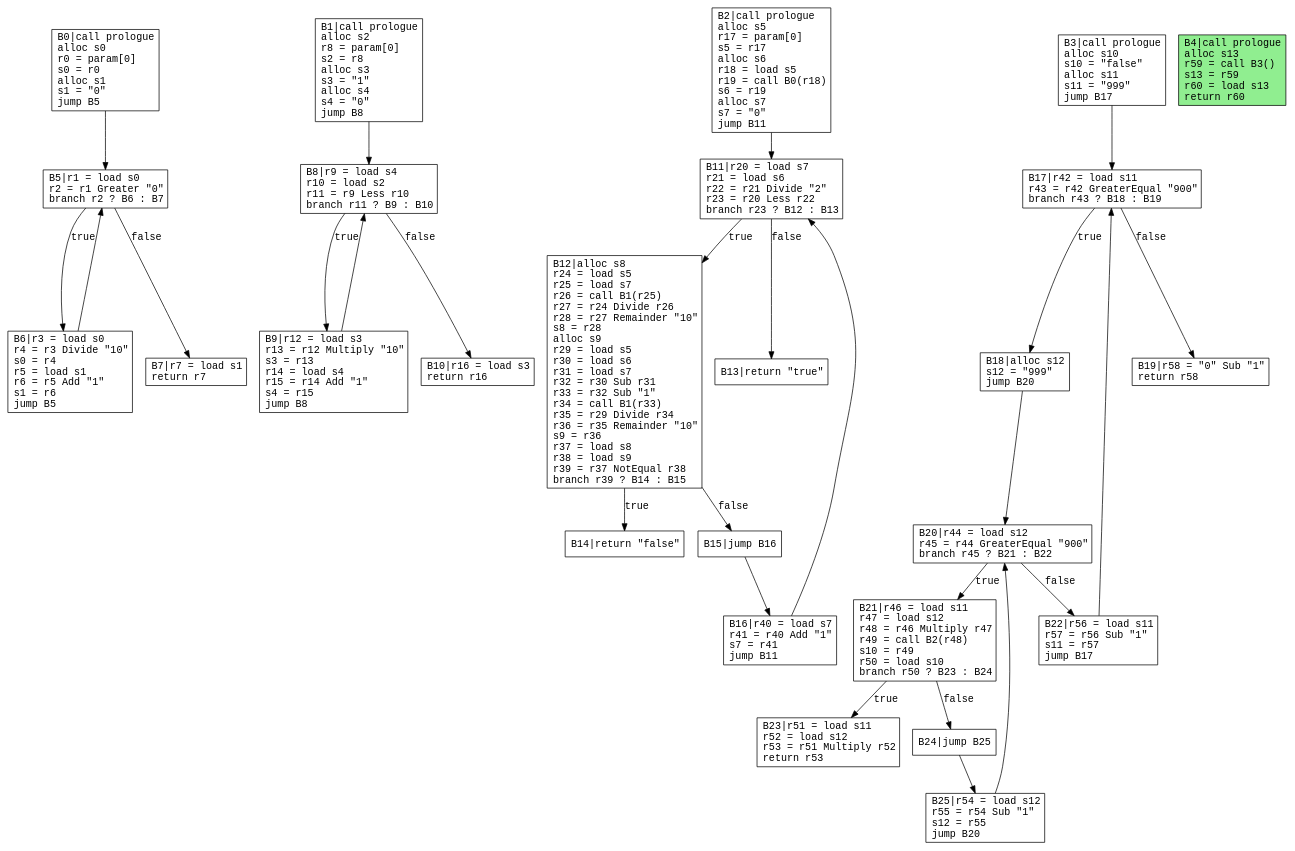
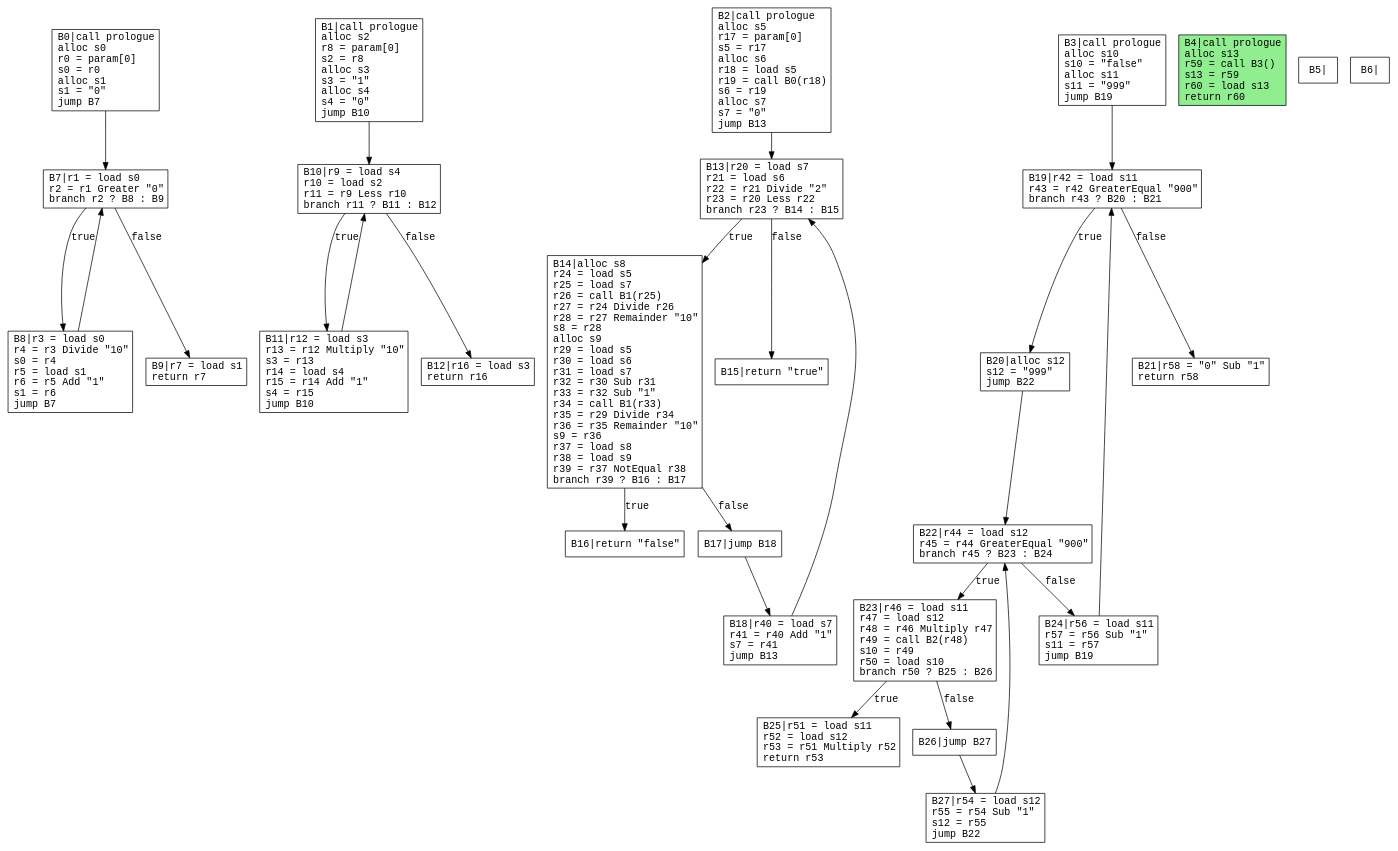
Before and after one commit to safarislava/ProcTranslator: the diagram in output/prob1.dot, drawn with Graphviz. The commit also changed 10 other files, not shown here.

```diff
--- a/output/prob1.dot
+++ b/output/prob1.dot
@@ -1,59 +1,61 @@
 digraph CFG {
   rankdir=TB;
   node [shape=box, fontname="Courier"];
   edge [fontname="Courier"];
 
-  B0 [label="B0|call prologue\lalloc s0\lr0 = param[0]\ls0 = r0\lalloc s1\ls1 = \"0\"\ljump B5\l"];
-  B1 [label="B1|call prologue\lalloc s2\lr8 = param[0]\ls2 = r8\lalloc s3\ls3 = \"1\"\lalloc s4\ls4 = \"0\"\ljump B8\l"];
-  B2 [label="B2|call prologue\lalloc s5\lr17 = param[0]\ls5 = r17\lalloc s6\lr18 = load s5\lr19 = call B0(r18)\ls6 = r19\lalloc s7\ls7 = \"0\"\ljump B11\l"];
-  B3 [label="B3|call prologue\lalloc s10\ls10 = \"false\"\lalloc s11\ls11 = \"999\"\ljump B17\l"];
+  B0 [label="B0|call prologue\lalloc s0\lr0 = param[0]\ls0 = r0\lalloc s1\ls1 = \"0\"\ljump B7\l"];
+  B1 [label="B1|call prologue\lalloc s2\lr8 = param[0]\ls2 = r8\lalloc s3\ls3 = \"1\"\lalloc s4\ls4 = \"0\"\ljump B10\l"];
+  B2 [label="B2|call prologue\lalloc s5\lr17 = param[0]\ls5 = r17\lalloc s6\lr18 = load s5\lr19 = call B0(r18)\ls6 = r19\lalloc s7\ls7 = \"0\"\ljump B13\l"];
+  B3 [label="B3|call prologue\lalloc s10\ls10 = \"false\"\lalloc s11\ls11 = \"999\"\ljump B19\l"];
   B4 [label="B4|call prologue\lalloc s13\lr59 = call B3()\ls13 = r59\lr60 = load s13\lreturn r60\l"];
-  B5 [label="B5|r1 = load s0\lr2 = r1 Greater \"0\"\lbranch r2 ? B6 : B7\l"];
-  B6 [label="B6|r3 = load s0\lr4 = r3 Divide \"10\"\ls0 = r4\lr5 = load s1\lr6 = r5 Add \"1\"\ls1 = r6\ljump B5\l"];
-  B7 [label="B7|r7 = load s1\lreturn r7\l"];
-  B8 [label="B8|r9 = load s4\lr10 = load s2\lr11 = r9 Less r10\lbranch r11 ? B9 : B10\l"];
-  B9 [label="B9|r12 = load s3\lr13 = r12 Multiply \"10\"\ls3 = r13\lr14 = load s4\lr15 = r14 Add \"1\"\ls4 = r15\ljump B8\l"];
-  B10 [label="B10|r16 = load s3\lreturn r16\l"];
-  B11 [label="B11|r20 = load s7\lr21 = load s6\lr22 = r21 Divide \"2\"\lr23 = r20 Less r22\lbranch r23 ? B12 : B13\l"];
-  B12 [label="B12|alloc s8\lr24 = load s5\lr25 = load s7\lr26 = call B1(r25)\lr27 = r24 Divide r26\lr28 = r27 Remainder \"10\"\ls8 = r28\lalloc s9\lr29 = load s5\lr30 = load s6\lr31 = load s7\lr32 = r30 Sub r31\lr33 = r32 Sub \"1\"\lr34 = call B1(r33)\lr35 = r29 Divide r34\lr36 = r35 Remainder \"10\"\ls9 = r36\lr37 = load s8\lr38 = load s9\lr39 = r37 NotEqual r38\lbranch r39 ? B14 : B15\l"];
-  B13 [label="B13|return \"true\"\l"];
-  B14 [label="B14|return \"false\"\l"];
-  B15 [label="B15|jump B16\l"];
-  B16 [label="B16|r40 = load s7\lr41 = r40 Add \"1\"\ls7 = r41\ljump B11\l"];
-  B17 [label="B17|r42 = load s11\lr43 = r42 GreaterEqual \"900\"\lbranch r43 ? B18 : B19\l"];
-  B18 [label="B18|alloc s12\ls12 = \"999\"\ljump B20\l"];
-  B19 [label="B19|r58 = \"0\" Sub \"1\"\lreturn r58\l"];
-  B20 [label="B20|r44 = load s12\lr45 = r44 GreaterEqual \"900\"\lbranch r45 ? B21 : B22\l"];
-  B21 [label="B21|r46 = load s11\lr47 = load s12\lr48 = r46 Multiply r47\lr49 = call B2(r48)\ls10 = r49\lr50 = load s10\lbranch r50 ? B23 : B24\l"];
-  B22 [label="B22|r56 = load s11\lr57 = r56 Sub \"1\"\ls11 = r57\ljump B17\l"];
-  B23 [label="B23|r51 = load s11\lr52 = load s12\lr53 = r51 Multiply r52\lreturn r53\l"];
-  B24 [label="B24|jump B25\l"];
-  B25 [label="B25|r54 = load s12\lr55 = r54 Sub \"1\"\ls12 = r55\ljump B20\l"];
-  B0 -> B5;
-  B1 -> B8;
-  B2 -> B11;
-  B3 -> B17;
-  B5 -> B6 [label="true"];
-  B5 -> B7 [label="false"];
-  B6 -> B5;
-  B8 -> B9 [label="true"];
-  B8 -> B10 [label="false"];
-  B9 -> B8;
-  B11 -> B12 [label="true"];
-  B11 -> B13 [label="false"];
-  B12 -> B14 [label="true"];
-  B12 -> B15 [label="false"];
-  B15 -> B16;
-  B16 -> B11;
-  B17 -> B18 [label="true"];
-  B17 -> B19 [label="false"];
-  B18 -> B20;
-  B20 -> B21 [label="true"];
-  B20 -> B22 [label="false"];
-  B21 -> B23 [label="true"];
-  B21 -> B24 [label="false"];
-  B22 -> B17;
-  B24 -> B25;
-  B25 -> B20;
+  B5 [label="B5|"];
+  B6 [label="B6|"];
+  B7 [label="B7|r1 = load s0\lr2 = r1 Greater \"0\"\lbranch r2 ? B8 : B9\l"];
+  B8 [label="B8|r3 = load s0\lr4 = r3 Divide \"10\"\ls0 = r4\lr5 = load s1\lr6 = r5 Add \"1\"\ls1 = r6\ljump B7\l"];
+  B9 [label="B9|r7 = load s1\lreturn r7\l"];
+  B10 [label="B10|r9 = load s4\lr10 = load s2\lr11 = r9 Less r10\lbranch r11 ? B11 : B12\l"];
+  B11 [label="B11|r12 = load s3\lr13 = r12 Multiply \"10\"\ls3 = r13\lr14 = load s4\lr15 = r14 Add \"1\"\ls4 = r15\ljump B10\l"];
+  B12 [label="B12|r16 = load s3\lreturn r16\l"];
+  B13 [label="B13|r20 = load s7\lr21 = load s6\lr22 = r21 Divide \"2\"\lr23 = r20 Less r22\lbranch r23 ? B14 : B15\l"];
+  B14 [label="B14|alloc s8\lr24 = load s5\lr25 = load s7\lr26 = call B1(r25)\lr27 = r24 Divide r26\lr28 = r27 Remainder \"10\"\ls8 = r28\lalloc s9\lr29 = load s5\lr30 = load s6\lr31 = load s7\lr32 = r30 Sub r31\lr33 = r32 Sub \"1\"\lr34 = call B1(r33)\lr35 = r29 Divide r34\lr36 = r35 Remainder \"10\"\ls9 = r36\lr37 = load s8\lr38 = load s9\lr39 = r37 NotEqual r38\lbranch r39 ? B16 : B17\l"];
+  B15 [label="B15|return \"true\"\l"];
+  B16 [label="B16|return \"false\"\l"];
+  B17 [label="B17|jump B18\l"];
+  B18 [label="B18|r40 = load s7\lr41 = r40 Add \"1\"\ls7 = r41\ljump B13\l"];
+  B19 [label="B19|r42 = load s11\lr43 = r42 GreaterEqual \"900\"\lbranch r43 ? B20 : B21\l"];
+  B20 [label="B20|alloc s12\ls12 = \"999\"\ljump B22\l"];
+  B21 [label="B21|r58 = \"0\" Sub \"1\"\lreturn r58\l"];
+  B22 [label="B22|r44 = load s12\lr45 = r44 GreaterEqual \"900\"\lbranch r45 ? B23 : B24\l"];
+  B23 [label="B23|r46 = load s11\lr47 = load s12\lr48 = r46 Multiply r47\lr49 = call B2(r48)\ls10 = r49\lr50 = load s10\lbranch r50 ? B25 : B26\l"];
+  B24 [label="B24|r56 = load s11\lr57 = r56 Sub \"1\"\ls11 = r57\ljump B19\l"];
+  B25 [label="B25|r51 = load s11\lr52 = load s12\lr53 = r51 Multiply r52\lreturn r53\l"];
+  B26 [label="B26|jump B27\l"];
+  B27 [label="B27|r54 = load s12\lr55 = r54 Sub \"1\"\ls12 = r55\ljump B22\l"];
+  B0 -> B7;
+  B1 -> B10;
+  B2 -> B13;
+  B3 -> B19;
+  B7 -> B8 [label="true"];
+  B7 -> B9 [label="false"];
+  B8 -> B7;
+  B10 -> B11 [label="true"];
+  B10 -> B12 [label="false"];
+  B11 -> B10;
+  B13 -> B14 [label="true"];
+  B13 -> B15 [label="false"];
+  B14 -> B16 [label="true"];
+  B14 -> B17 [label="false"];
+  B17 -> B18;
+  B18 -> B13;
+  B19 -> B20 [label="true"];
+  B19 -> B21 [label="false"];
+  B20 -> B22;
+  B22 -> B23 [label="true"];
+  B22 -> B24 [label="false"];
+  B23 -> B25 [label="true"];
+  B23 -> B26 [label="false"];
+  B24 -> B19;
+  B26 -> B27;
+  B27 -> B22;
   B4 [style=filled, fillcolor=lightgreen];
 }
```
